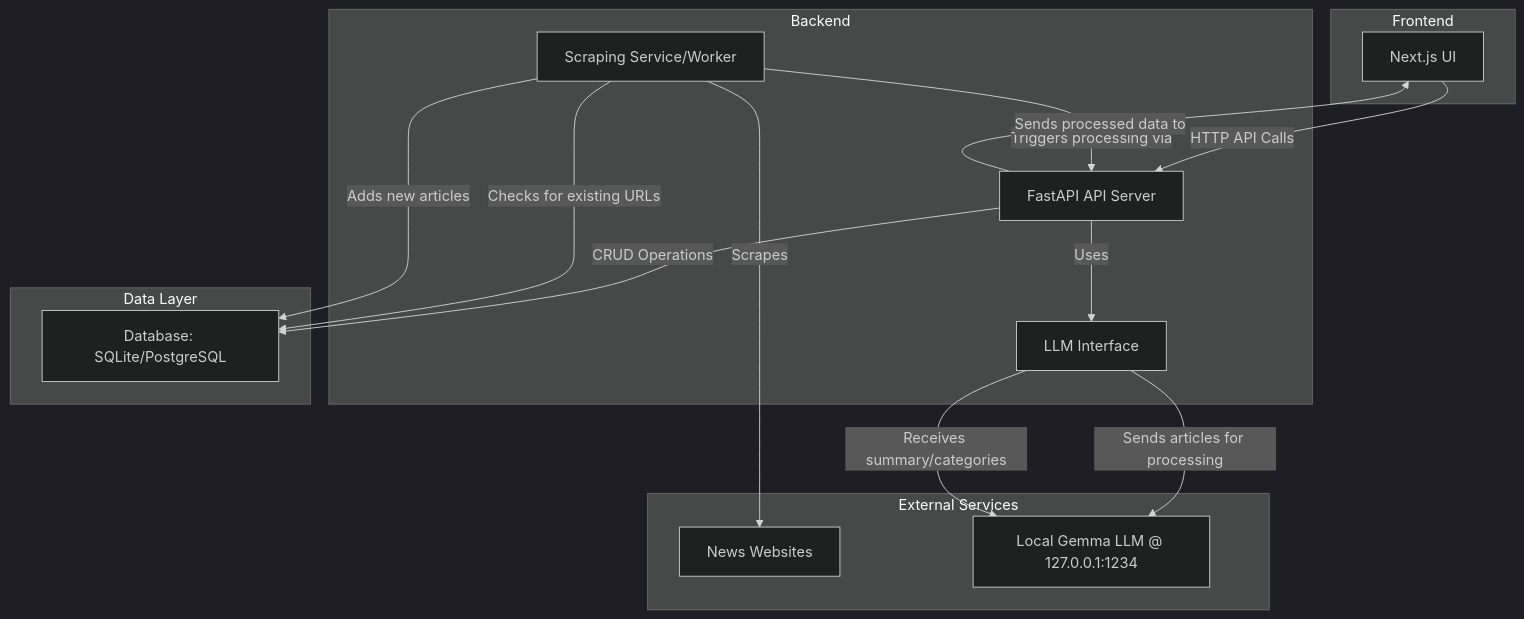
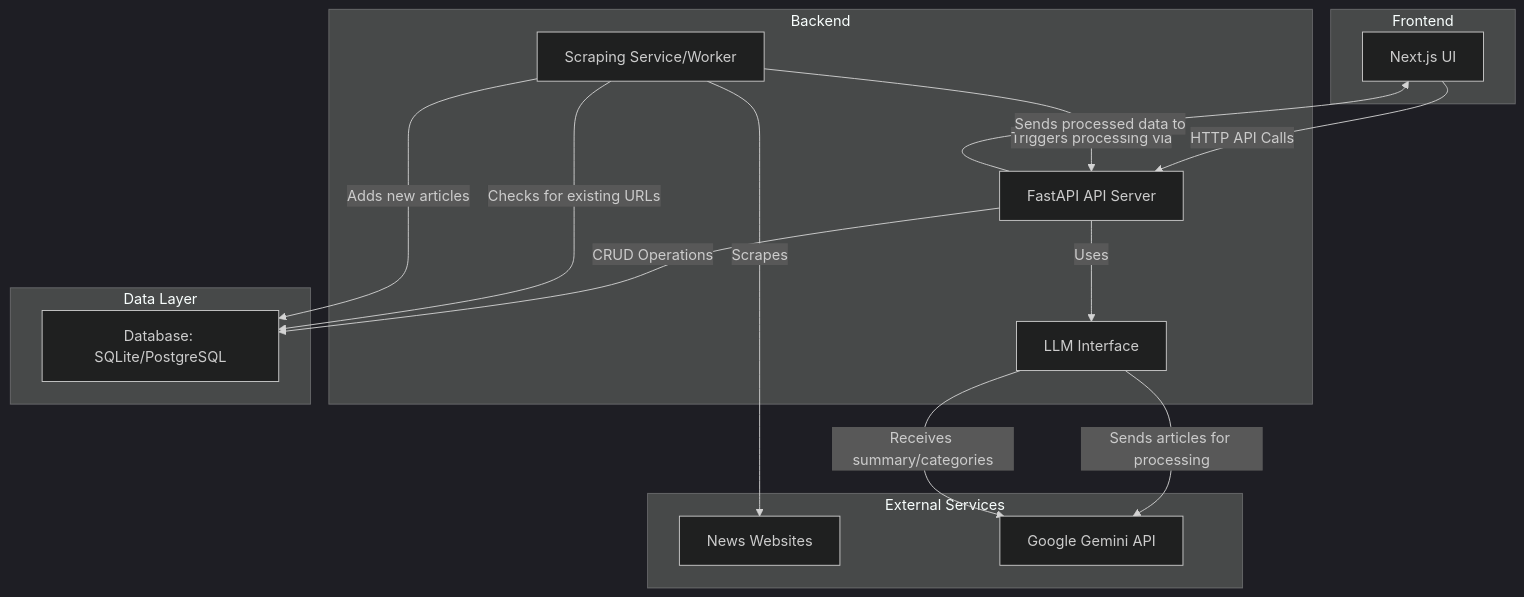
One commit to giesse/SimpleNews changed the first of 2 diagrams in PROJECT_PLAN.md. Above: the diagram before and after it, drawn with Mermaid (dark theme). The commit also changed other lines of this file, not shown here.

Commit message:
Updated project plan, using the Gemini API instead of local Gemma

````diff
--- a/PROJECT_PLAN.md
+++ b/PROJECT_PLAN.md
@@ -21,32 +21,32 @@
 ```mermaid
 graph TD
     subgraph Frontend
         A[Next.js UI]
     end
 
     subgraph Backend
         B[FastAPI API Server]
         C[Scraping Service/Worker]
         D[LLM Interface]
     end
 
     subgraph Data Layer
         E[Database: SQLite/PostgreSQL]
     end
 
     subgraph External Services
         F[News Websites]
-        G[Local Gemma LLM @ 127.0.0.1:1234]
+        G[Google Gemini API]
     end
 
     A -- HTTP API Calls --> B
     B -- CRUD Operations --> E
     B -- Uses --> D
     C -- Scrapes --> F
     C -- Checks for existing URLs --> E
     C -- Adds new articles --> E
     C -- Triggers processing via --> B
     D -- Sends articles for processing --> G
     D -- Receives summary/categories --> G
     B -- Sends processed data to --> A
 ```
````
